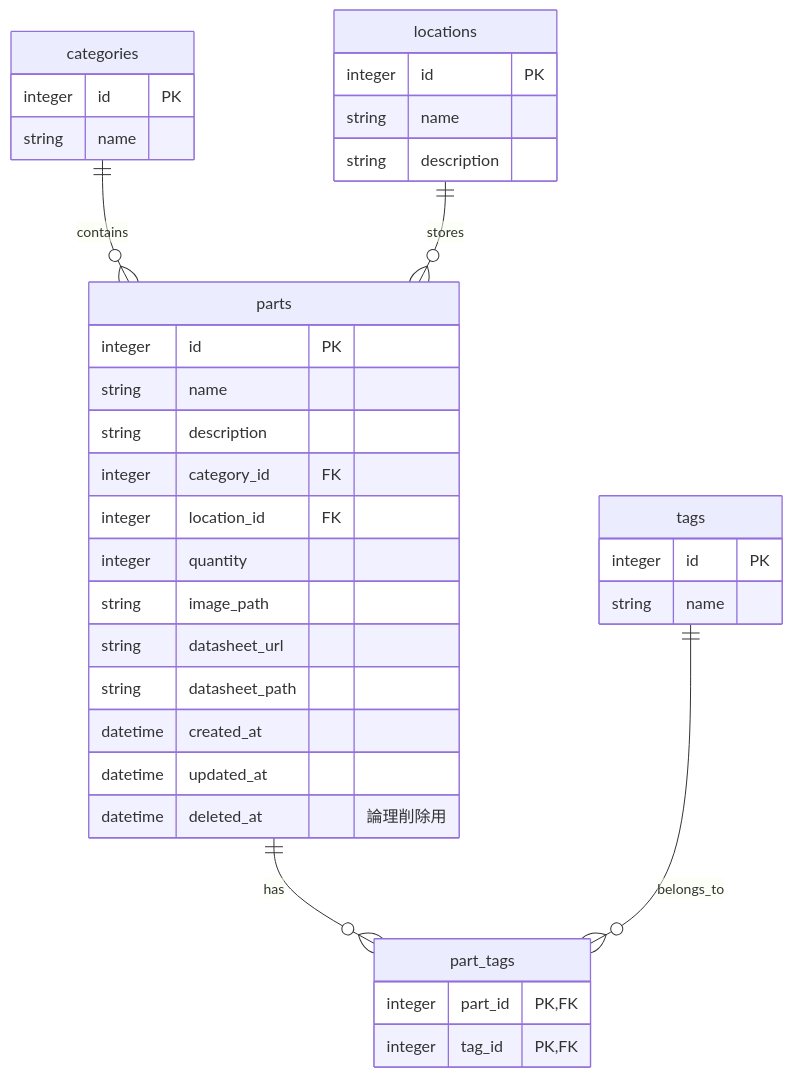
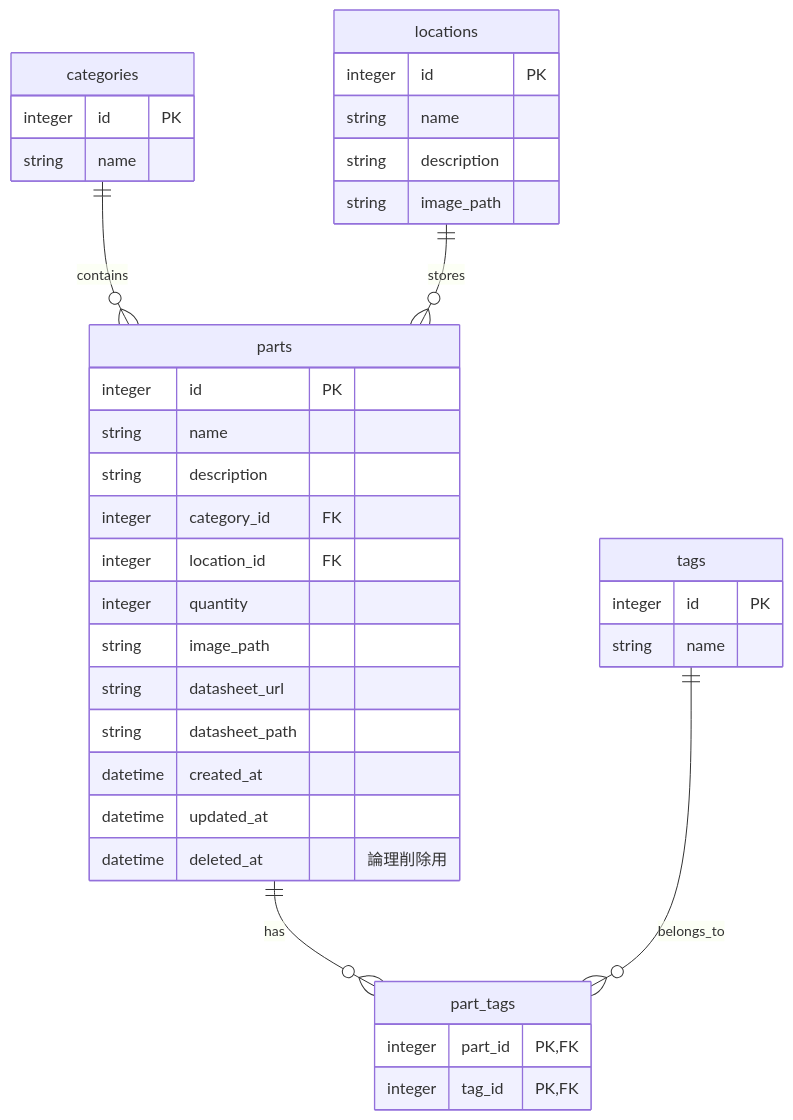
The diagram in docs/DATABASE.md (kuninet/electronic-parts-manager), drawn with Mermaid before and after one commit. The commit also changed other lines of this file and 2 other files, not shown here.

Commit message:
ドキュメント整備

````diff
--- a/docs/DATABASE.md
+++ b/docs/DATABASE.md
@@ -8,43 +8,44 @@
 ```mermaid
 erDiagram
     parts ||--o{ part_tags : has
     tags ||--o{ part_tags : belongs_to
     categories ||--o{ parts : contains
     locations ||--o{ parts : stores
 
     parts {
         integer id PK
         string name
         string description
         integer category_id FK
         integer location_id FK
         integer quantity
         string image_path
         string datasheet_url
         string datasheet_path
         datetime created_at
         datetime updated_at
         datetime deleted_at "論理削除用"
     }
 
     categories {
         integer id PK
         string name
     }
 
     locations {
         integer id PK
         string name
         string description
+        string image_path
     }
 
     tags {
         integer id PK
         string name
     }
 
     part_tags {
         integer part_id PK, FK
         integer tag_id PK, FK
     }
 ```
````
